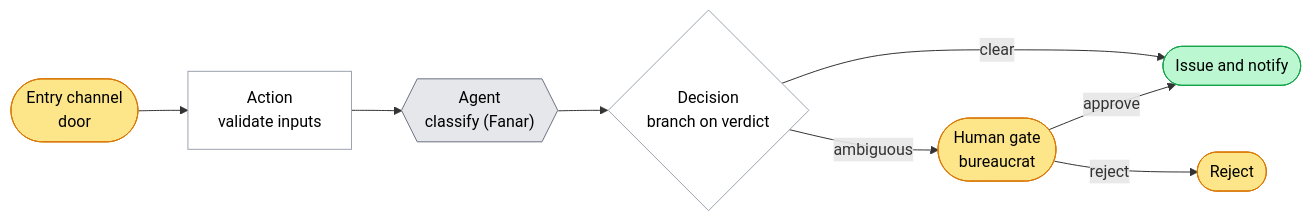
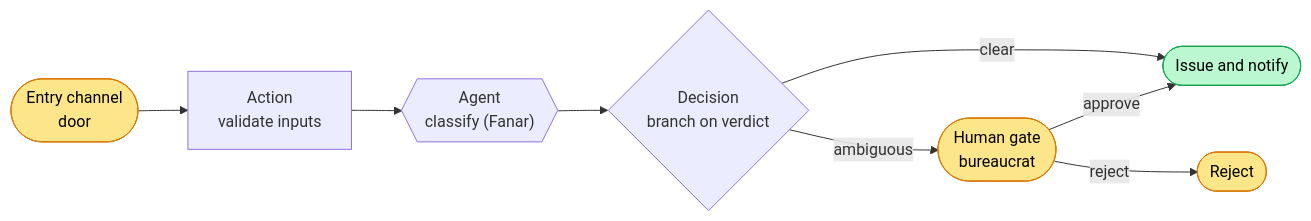
The second of 2 diagrams in README.md (ElyasAmri/flowstate), drawn with Mermaid before and after one commit. The commit also changed other lines of this file, not shown here.

Commit message:
docs(readme): drop decorative diagram colors, keep only meaningful channel colors

````diff
--- a/README.md
+++ b/README.md
@@ -129,15 +127,13 @@
 ```mermaid
 flowchart LR
-    door([Entry channel<br/>door]):::ui --> val[Action<br/>validate inputs]:::plain
-    val --> agent{{"Agent<br/>classify (Fanar)"}}:::agent
-    agent --> dec{Decision<br/>branch on verdict}:::plain
+    door([Entry channel<br/>door]):::ui --> val[Action<br/>validate inputs]
+    val --> agent{{"Agent<br/>classify (Fanar)"}}
+    agent --> dec{Decision<br/>branch on verdict}
     dec -->|clear| issue([Issue and notify]):::service
     dec -->|ambiguous| gate([Human gate<br/>bureaucrat]):::ui
     gate -->|approve| issue
     gate -->|reject| rej([Reject]):::ui
 
     classDef ui fill:#fde68a,stroke:#d97706,color:#000;
     classDef service fill:#bbf7d0,stroke:#16a34a,color:#000;
-    classDef agent fill:#e5e7eb,stroke:#6b7280,color:#000;
-    classDef plain fill:#fff,stroke:#9ca3af,color:#000;
 ```
````
